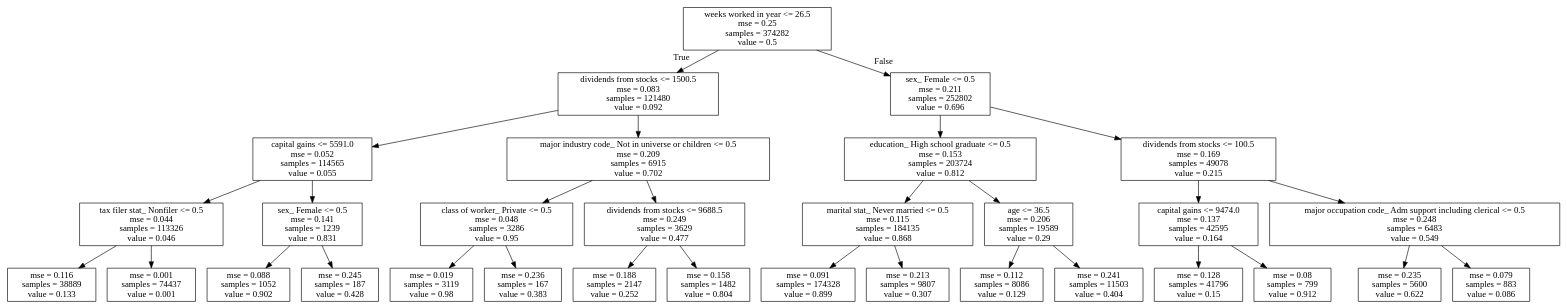
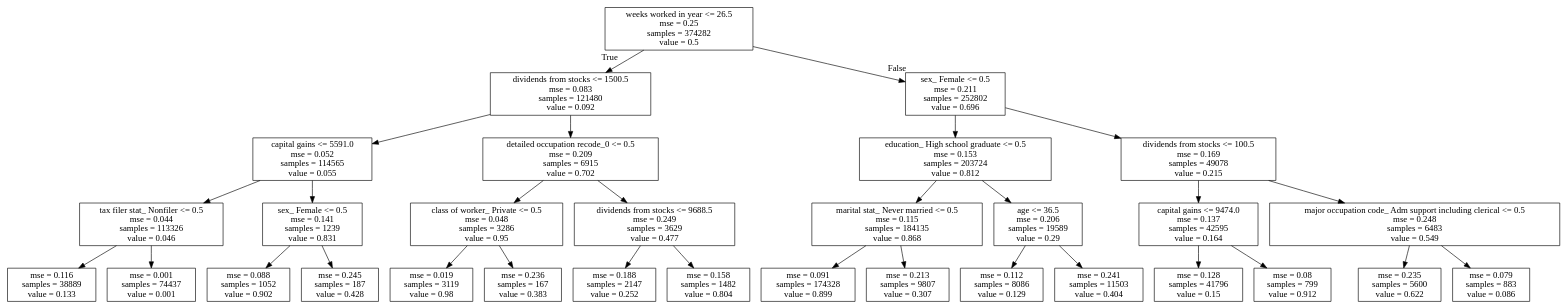
The diagram in data_out/Model_2_tree.dot (amitspudkey/DataIku_Project), drawn with Graphviz before and after one commit. The commit also changed 5 other files, not shown here.

```diff
--- a/data_out/Model_2_tree.dot
+++ b/data_out/Model_2_tree.dot
@@ -1,64 +1,64 @@
 digraph Tree {
 node [shape=box] ;
 0 [label="weeks worked in year <= 26.5\nmse = 0.25\nsamples = 374282\nvalue = 0.5"] ;
 1 [label="dividends from stocks <= 1500.5\nmse = 0.083\nsamples = 121480\nvalue = 0.092"] ;
 0 -> 1 [labeldistance=2.5, labelangle=45, headlabel="True"] ;
 2 [label="capital gains <= 5591.0\nmse = 0.052\nsamples = 114565\nvalue = 0.055"] ;
 1 -> 2 ;
 3 [label="tax filer stat_ Nonfiler <= 0.5\nmse = 0.044\nsamples = 113326\nvalue = 0.046"] ;
 2 -> 3 ;
 4 [label="mse = 0.116\nsamples = 38889\nvalue = 0.133"] ;
 3 -> 4 ;
 5 [label="mse = 0.001\nsamples = 74437\nvalue = 0.001"] ;
 3 -> 5 ;
 6 [label="sex_ Female <= 0.5\nmse = 0.141\nsamples = 1239\nvalue = 0.831"] ;
 2 -> 6 ;
 7 [label="mse = 0.088\nsamples = 1052\nvalue = 0.902"] ;
 6 -> 7 ;
 8 [label="mse = 0.245\nsamples = 187\nvalue = 0.428"] ;
 6 -> 8 ;
-9 [label="major industry code_ Not in universe or children <= 0.5\nmse = 0.209\nsamples = 6915\nvalue = 0.702"] ;
+9 [label="detailed occupation recode_0 <= 0.5\nmse = 0.209\nsamples = 6915\nvalue = 0.702"] ;
 1 -> 9 ;
 10 [label="class of worker_ Private <= 0.5\nmse = 0.048\nsamples = 3286\nvalue = 0.95"] ;
 9 -> 10 ;
 11 [label="mse = 0.019\nsamples = 3119\nvalue = 0.98"] ;
 10 -> 11 ;
 12 [label="mse = 0.236\nsamples = 167\nvalue = 0.383"] ;
 10 -> 12 ;
 13 [label="dividends from stocks <= 9688.5\nmse = 0.249\nsamples = 3629\nvalue = 0.477"] ;
 9 -> 13 ;
 14 [label="mse = 0.188\nsamples = 2147\nvalue = 0.252"] ;
 13 -> 14 ;
 15 [label="mse = 0.158\nsamples = 1482\nvalue = 0.804"] ;
 13 -> 15 ;
 16 [label="sex_ Female <= 0.5\nmse = 0.211\nsamples = 252802\nvalue = 0.696"] ;
 0 -> 16 [labeldistance=2.5, labelangle=-45, headlabel="False"] ;
 17 [label="education_ High school graduate <= 0.5\nmse = 0.153\nsamples = 203724\nvalue = 0.812"] ;
 16 -> 17 ;
 18 [label="marital stat_ Never married <= 0.5\nmse = 0.115\nsamples = 184135\nvalue = 0.868"] ;
 17 -> 18 ;
 19 [label="mse = 0.091\nsamples = 174328\nvalue = 0.899"] ;
 18 -> 19 ;
 20 [label="mse = 0.213\nsamples = 9807\nvalue = 0.307"] ;
 18 -> 20 ;
 21 [label="age <= 36.5\nmse = 0.206\nsamples = 19589\nvalue = 0.29"] ;
 17 -> 21 ;
 22 [label="mse = 0.112\nsamples = 8086\nvalue = 0.129"] ;
 21 -> 22 ;
 23 [label="mse = 0.241\nsamples = 11503\nvalue = 0.404"] ;
 21 -> 23 ;
 24 [label="dividends from stocks <= 100.5\nmse = 0.169\nsamples = 49078\nvalue = 0.215"] ;
 16 -> 24 ;
 25 [label="capital gains <= 9474.0\nmse = 0.137\nsamples = 42595\nvalue = 0.164"] ;
 24 -> 25 ;
 26 [label="mse = 0.128\nsamples = 41796\nvalue = 0.15"] ;
 25 -> 26 ;
 27 [label="mse = 0.08\nsamples = 799\nvalue = 0.912"] ;
 25 -> 27 ;
 28 [label="major occupation code_ Adm support including clerical <= 0.5\nmse = 0.248\nsamples = 6483\nvalue = 0.549"] ;
 24 -> 28 ;
 29 [label="mse = 0.235\nsamples = 5600\nvalue = 0.622"] ;
 28 -> 29 ;
 30 [label="mse = 0.079\nsamples = 883\nvalue = 0.086"] ;
 28 -> 30 ;
 }
```
